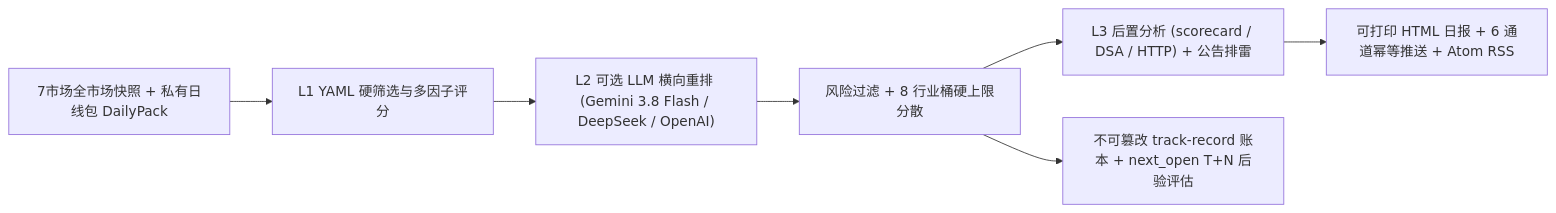
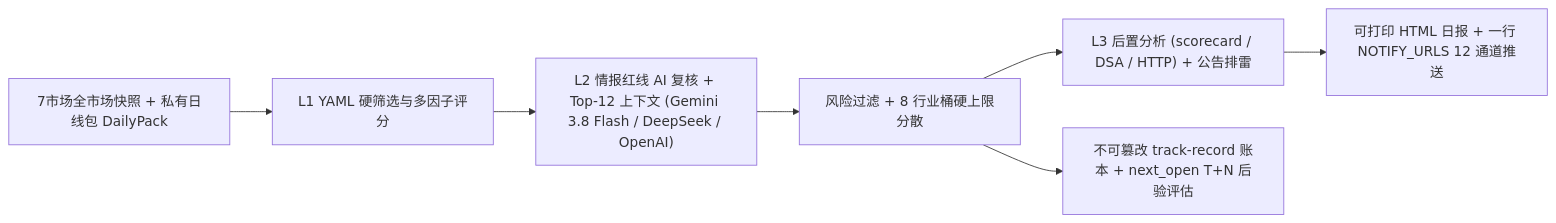
Before and after one commit to ZhuLinsen/alphasift: the diagram in README.zh-CN.md, drawn with Mermaid. The commit also changed other lines of this file and 18 other files, not shown here.

Commit message:
feat(notify,ci,ai): add 1-line NOTIFY_URLS 12-channel push, fork Pages guard, and AI red-flag ranking

````diff
--- a/README.zh-CN.md
+++ b/README.zh-CN.md
@@ -70,9 +68,9 @@
 ```mermaid
 flowchart LR
   M["7市场全市场快照 + 私有日线包 DailyPack"] --> L1["L1 YAML 硬筛选与多因子评分"]
-  L1 --> L2["L2 可选 LLM 横向重排 (Gemini 3.8 Flash / DeepSeek / OpenAI)"]
+  L1 --> L2["L2 情报红线 AI 复核 + Top-12 上下文 (Gemini 3.8 Flash / DeepSeek / OpenAI)"]
   L2 --> RK["风险过滤 + 8 行业桶硬上限分散"]
   RK --> L3["L3 后置分析 (scorecard / DSA / HTTP) + 公告排雷"]
-  L3 --> OUT["可打印 HTML 日报 + 6 通道幂等推送 + Atom RSS"]
+  L3 --> OUT["可打印 HTML 日报 + 一行 NOTIFY_URLS 12 通道推送"]
   RK --> AUD["不可篡改 track-record 账本 + next_open T+N 后验评估"]
 ```
````
